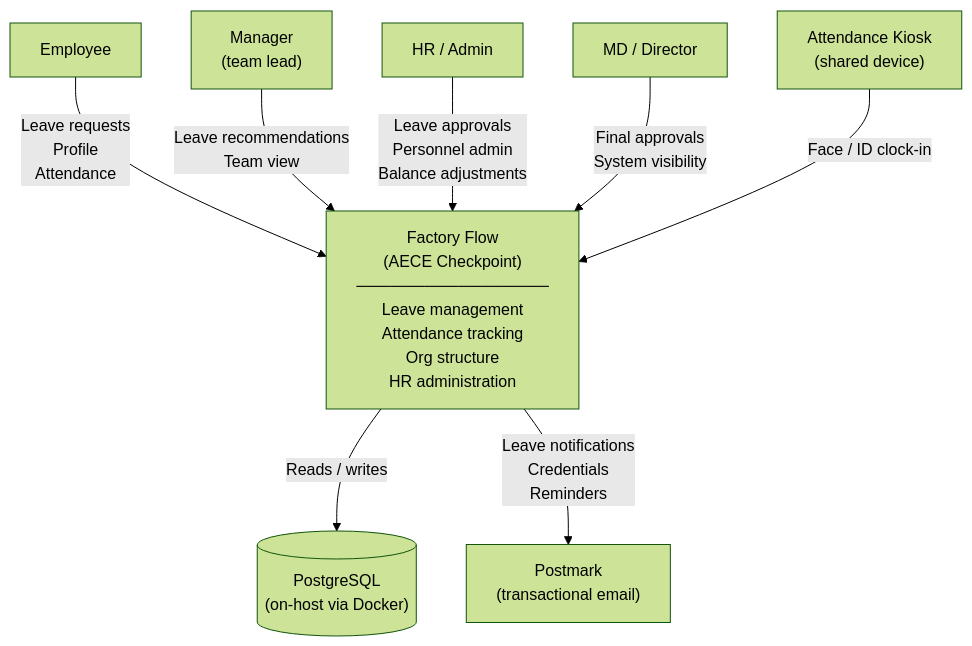
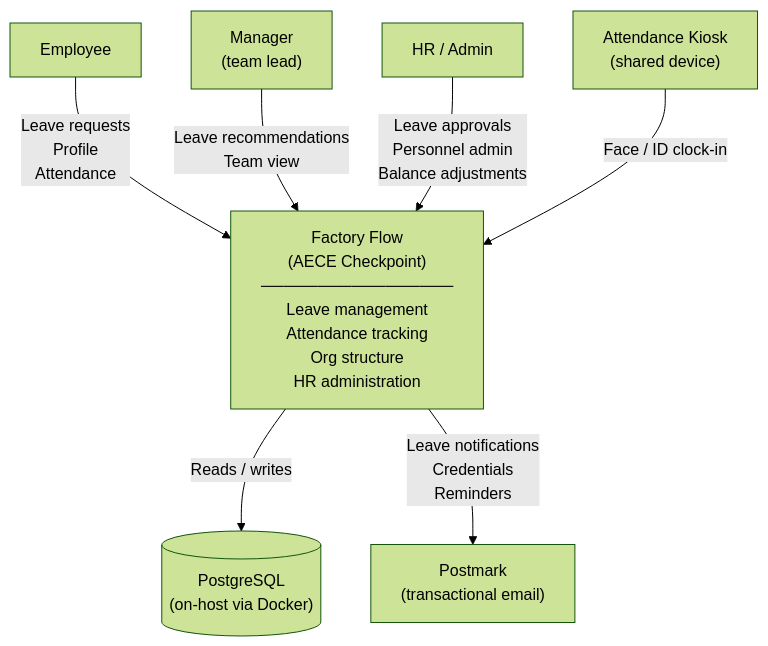
One commit to stopdoingnothing/Factory-Flow changed the diagram in docs/sad/01-system-overview.md. Above: the diagram before and after it, drawn with Mermaid (forest theme). The commit also changed other lines of this file and 15 other files, not shown here.

````diff
--- a/docs/sad/01-system-overview.md
+++ b/docs/sad/01-system-overview.md
@@ -35,22 +34,20 @@
 ```mermaid
 graph TD
     Employee["Employee"]
     Manager["Manager\n(team lead)"]
     HR["HR / Admin"]
-    MD["MD / Director"]
     Kiosk["Attendance Kiosk\n(shared device)"]
 
     FactoryFlow["Factory Flow\n(AECE Checkpoint)\n─────────────────\nLeave management\nAttendance tracking\nOrg structure\nHR administration"]
 
     Postgres[("PostgreSQL\n(on-host via Docker)")]
     Postmark["Postmark\n(transactional email)"]
 
     Employee -->|"Leave requests\nProfile\nAttendance"| FactoryFlow
     Manager -->|"Leave recommendations\nTeam view"| FactoryFlow
     HR -->|"Leave approvals\nPersonnel admin\nBalance adjustments"| FactoryFlow
-    MD -->|"Final approvals\nSystem visibility"| FactoryFlow
     Kiosk -->|"Face / ID clock-in"| FactoryFlow
 
     FactoryFlow -->|"Reads / writes"| Postgres
     FactoryFlow -->|"Leave notifications\nCredentials\nReminders"| Postmark
 ```
````
